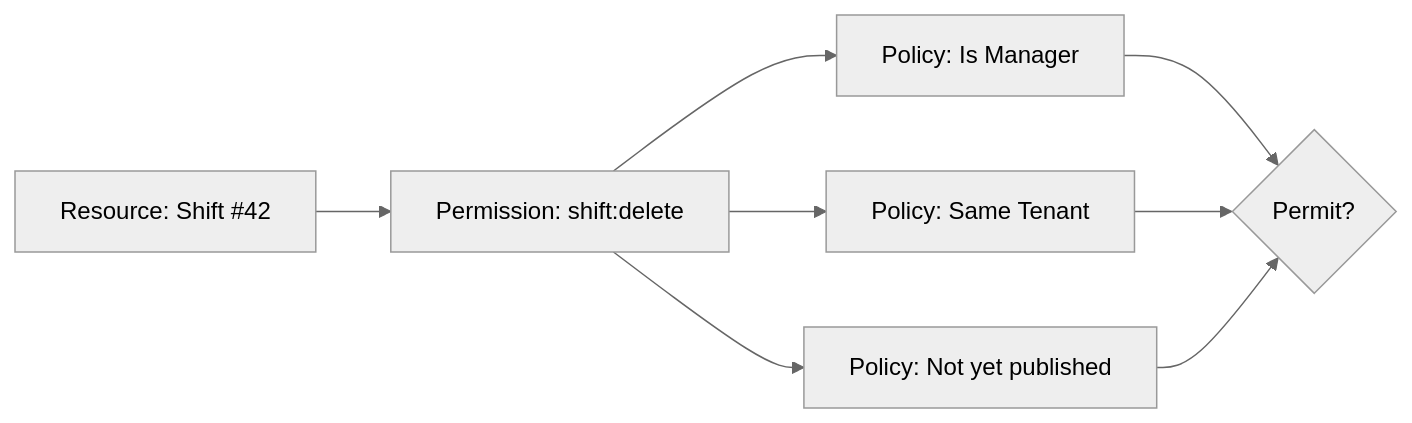
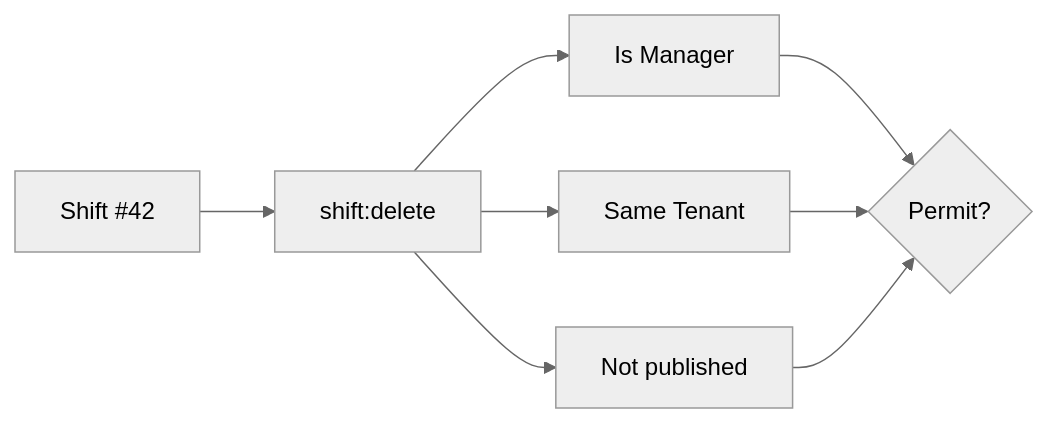
The fourth of 4 diagrams in docs/keycloak.md (zerotechmn/multi-tenant-architecture), drawn with Mermaid (neutral theme) before and after one commit. The commit also changed other lines of this file, not shown here.

````diff
--- a/docs/keycloak.md
+++ b/docs/keycloak.md
@@ -412,8 +279,8 @@
 ```mermaid
 flowchart LR
-    R[Resource: Shift #42] --> P[Permission: shift:delete]
-    P --> Pol1[Policy: Is Manager]
-    P --> Pol2[Policy: Same Tenant]
-    P --> Pol3[Policy: Not yet published]
-    Pol1 & Pol2 & Pol3 --> D{Permit?}
+    R[Shift #42] --> P[shift:delete]
+    P --> A[Is Manager]
+    P --> B[Same Tenant]
+    P --> C[Not published]
+    A & B & C --> D{Permit?}
 ```
````
